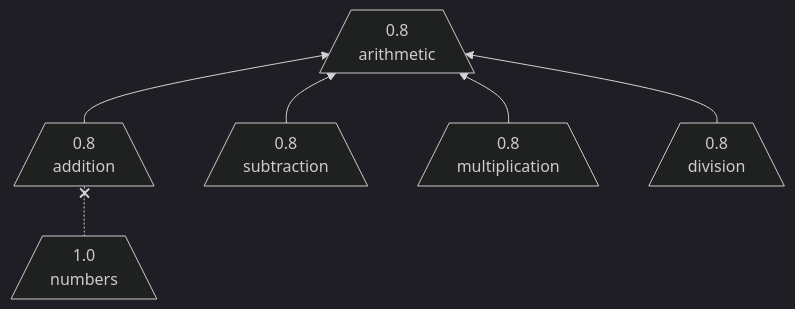
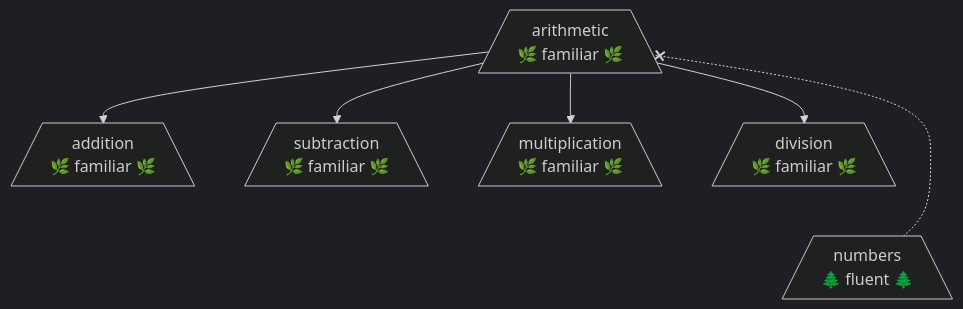
The second of 6 diagrams in specs/topic-score.md (openproficiency/model), drawn with Mermaid (dark theme) before and after one commit. The commit also changed other lines of this file and 1 other file, not shown here.

````diff
--- a/specs/topic-score.md
+++ b/specs/topic-score.md
@@ -51,11 +50,15 @@
 ```mermaid
-flowchart BT
-arithmetic[/0.8<br/>arithmetic\]
+flowchart TB
+arithmetic[/arithmetic<br/>🌿 familiar 🌿\]
 
-addition[/"0.8<br/>addition"\] --> arithmetic
-subtraction[/0.8<br/>subtraction\] --> arithmetic
-multiplication[/0.8<br/>multiplication\] --> arithmetic
-division[/0.8<br/>division\] --> arithmetic
+arithmetic -->  addition[/addition<br/>🌿 familiar 🌿\]
+arithmetic -->  subtraction[/subtraction<br/>🌿 familiar 🌿\]
+arithmetic -->  multiplication[/multiplication<br/>🌿 familiar 🌿\]
+arithmetic -->  division[/division<br/>🌿 familiar 🌿\]
 
-numbers[/1.0<br/>numbers\] -.-x addition
+numbers[/numbers<br/>🌲 fluent 🌲\]
+
+division ~~~ numbers
+numbers -.-x arithmetic
+
 ```
````
